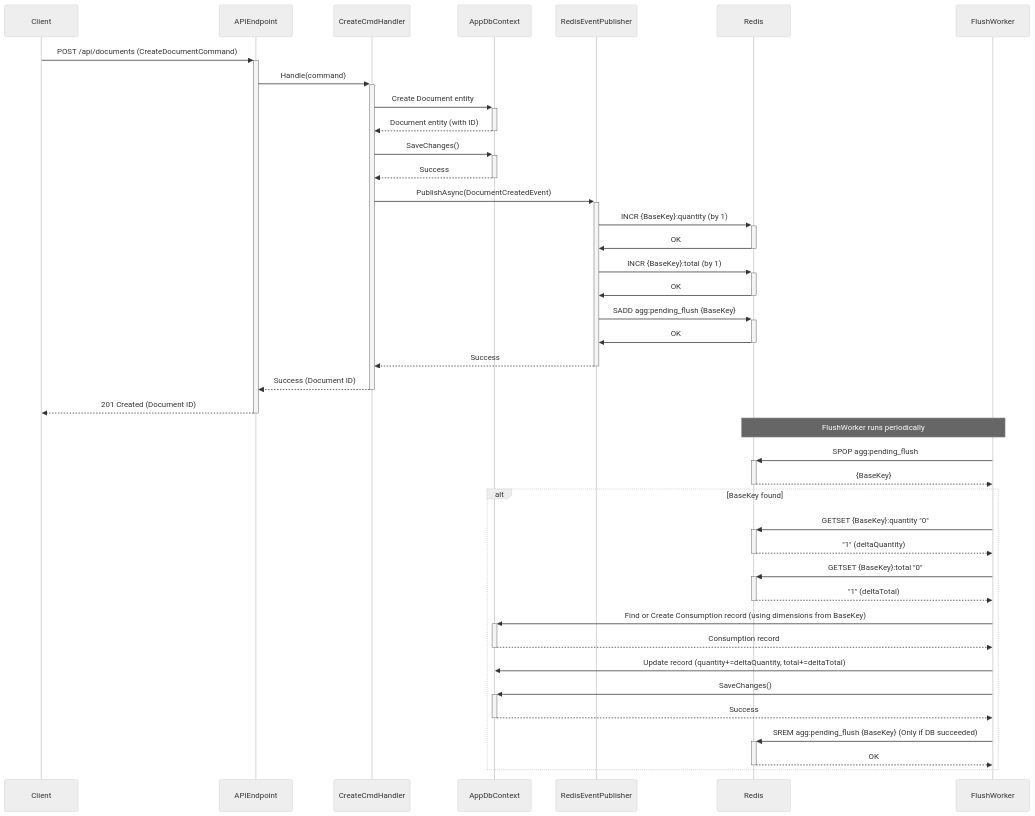
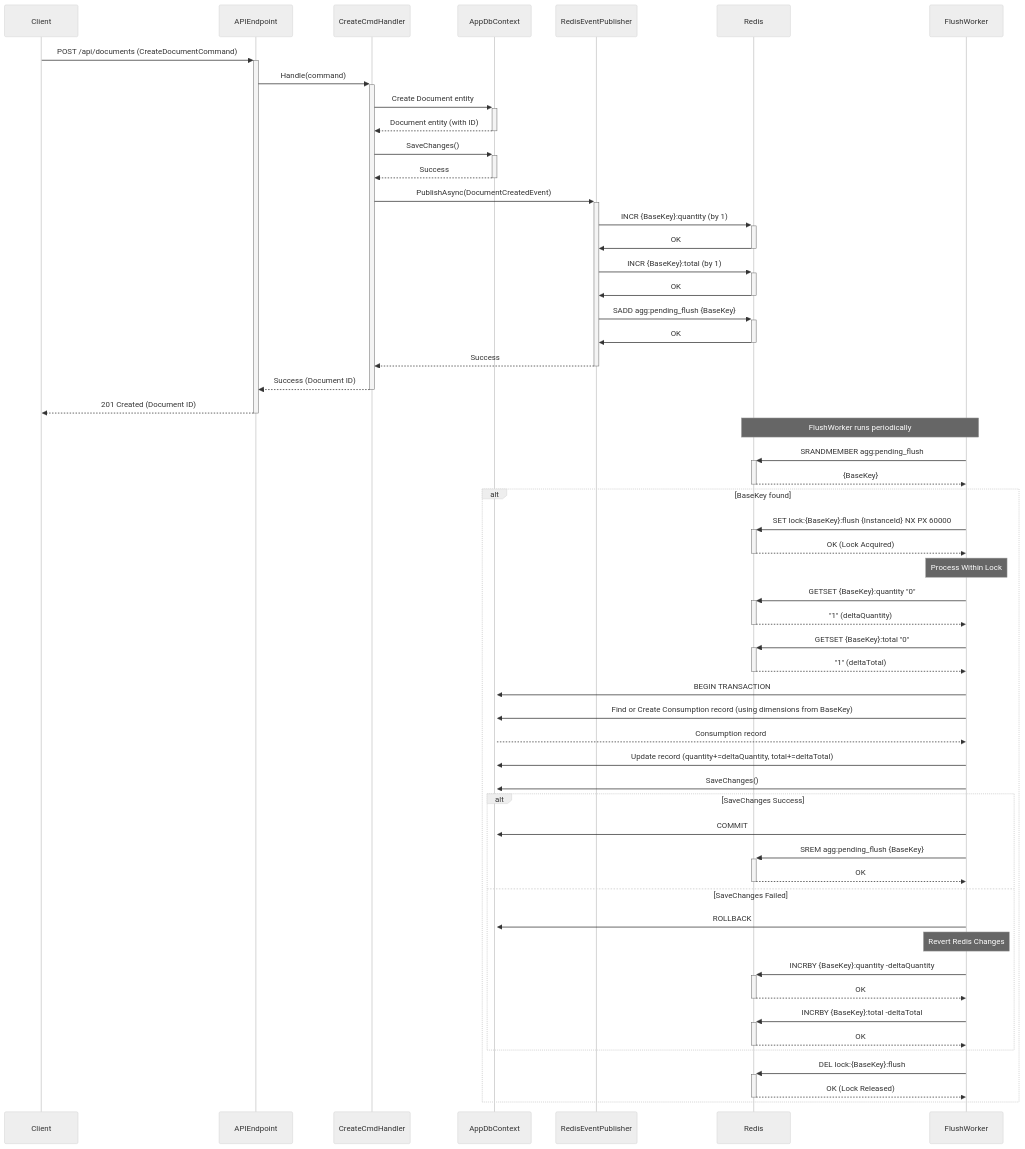
Before and after one commit to hackathon-nstech/database-nsdocs-consumption-module: the diagram in docs/architecture/sequence-diagrams/create-flow.md, drawn with Mermaid (neutral theme). The commit also changed 6 other files, not shown here.

````diff
--- a/docs/architecture/sequence-diagrams/create-flow.md
+++ b/docs/architecture/sequence-diagrams/create-flow.md
@@ -5,45 +5,65 @@
 ```mermaid
 sequenceDiagram
     participant Client
     participant APIEndpoint
     participant CreateCmdHandler
     participant AppDbContext
     participant RedisEventPublisher
     participant Redis
     participant FlushWorker
 
     Client->>+APIEndpoint: POST /api/documents (CreateDocumentCommand)
     APIEndpoint->>+CreateCmdHandler: Handle(command)
     CreateCmdHandler->>+AppDbContext: Create Document entity
     AppDbContext-->>-CreateCmdHandler: Document entity (with ID)
     CreateCmdHandler->>+AppDbContext: SaveChanges()
     AppDbContext-->>-CreateCmdHandler: Success
     CreateCmdHandler->>+RedisEventPublisher: PublishAsync(DocumentCreatedEvent)
     RedisEventPublisher->>+Redis: INCR {BaseKey}:quantity (by 1)
     Redis->>-RedisEventPublisher: OK
     RedisEventPublisher->>+Redis: INCR {BaseKey}:total (by 1)
     Redis->>-RedisEventPublisher: OK
     RedisEventPublisher->>+Redis: SADD agg:pending_flush {BaseKey}
     Redis->>-RedisEventPublisher: OK
     RedisEventPublisher-->>-CreateCmdHandler: Success
     CreateCmdHandler-->>-APIEndpoint: Success (Document ID)
     APIEndpoint-->>-Client: 201 Created (Document ID)
 
     Note over FlushWorker, Redis: FlushWorker runs periodically
 
-    FlushWorker->>+Redis: SPOP agg:pending_flush
+    FlushWorker->>+Redis: SRANDMEMBER agg:pending_flush
     Redis-->>-FlushWorker: {BaseKey}
     alt BaseKey found
+        FlushWorker->>+Redis: SET lock:{BaseKey}:flush {InstanceId} NX PX 60000
+        Redis-->>-FlushWorker: OK (Lock Acquired)
+        
+        Note over FlushWorker: Process Within Lock
         FlushWorker->>+Redis: GETSET {BaseKey}:quantity "0"
         Redis-->>-FlushWorker: "1" (deltaQuantity)
         FlushWorker->>+Redis: GETSET {BaseKey}:total "0"
         Redis-->>-FlushWorker: "1" (deltaTotal)
-        FlushWorker->>+AppDbContext: Find or Create Consumption record (using dimensions from BaseKey)
-        AppDbContext-->>-FlushWorker: Consumption record
+
+        FlushWorker->>+AppDbContext: BEGIN TRANSACTION
+        FlushWorker->>AppDbContext: Find or Create Consumption record (using dimensions from BaseKey)
+        AppDbContext-->>FlushWorker: Consumption record
+        
         FlushWorker->>AppDbContext: Update record (quantity+=deltaQuantity, total+=deltaTotal)
-        FlushWorker->>+AppDbContext: SaveChanges()
-        AppDbContext-->>-FlushWorker: Success
-        FlushWorker->>+Redis: SREM agg:pending_flush {BaseKey} (Only if DB succeeded)
-        Redis-->>-FlushWorker: OK
+        FlushWorker->>AppDbContext: SaveChanges()
+        alt SaveChanges Success
+            FlushWorker->>AppDbContext: COMMIT
+            FlushWorker->>+Redis: SREM agg:pending_flush {BaseKey}
+            Redis-->>-FlushWorker: OK
+        else SaveChanges Failed
+            FlushWorker->>AppDbContext: ROLLBACK
+            Note over FlushWorker: Revert Redis Changes
+            FlushWorker->>+Redis: INCRBY {BaseKey}:quantity -deltaQuantity
+            Redis-->>-FlushWorker: OK
+            FlushWorker->>+Redis: INCRBY {BaseKey}:total -deltaTotal
+            Redis-->>-FlushWorker: OK
+        end
+
+        FlushWorker->>+Redis: DEL lock:{BaseKey}:flush
+        Redis-->>-FlushWorker: OK (Lock Released)
     end
+
 ```
````
